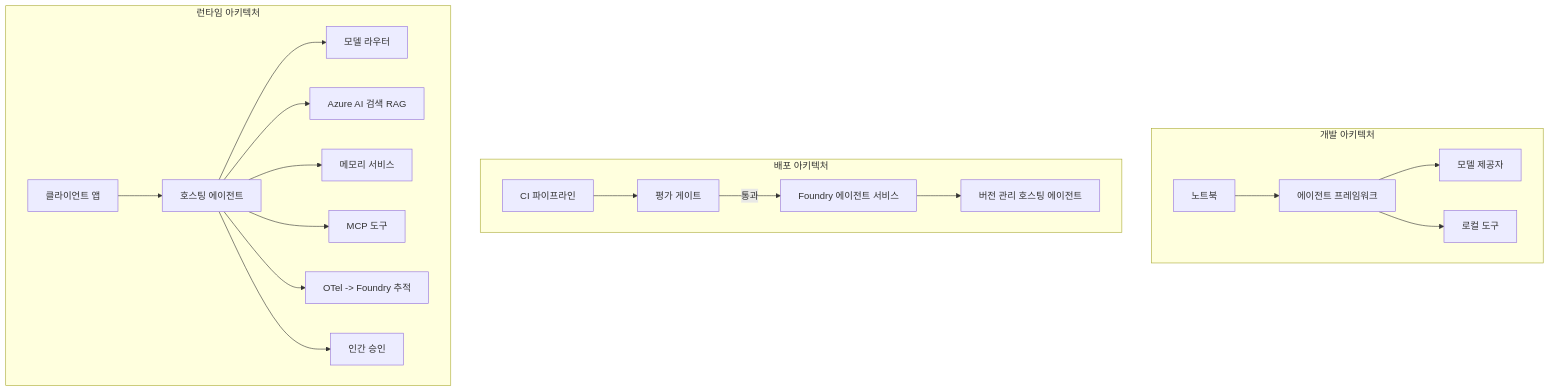
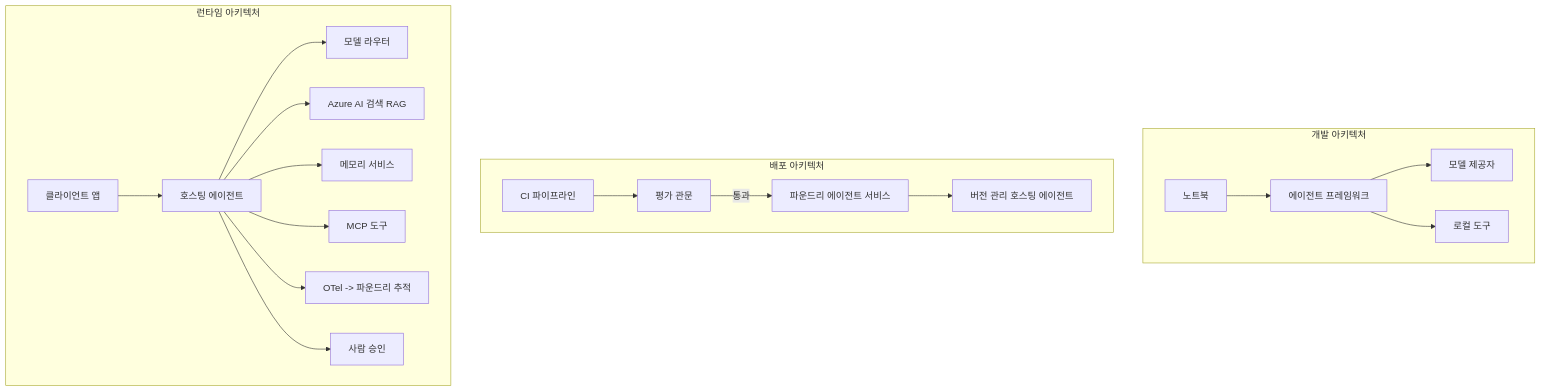
The fourth of 4 diagrams in translations/ko/16-deploying-scalable-agents/README.md (microsoft/ai-agents-for-beginners), drawn with Mermaid before and after one commit. The commit also changed other lines of this file and 46 other files, not shown here.

````diff
--- a/translations/ko/16-deploying-scalable-agents/README.md
+++ b/translations/ko/16-deploying-scalable-agents/README.md
@@ -185,22 +185,22 @@
 ```mermaid
 flowchart TB
     subgraph Dev[개발 아키텍처]
         D1[노트북] --> D2[에이전트 프레임워크]
         D2 --> D3[모델 제공자]
         D2 --> D4[로컬 도구]
     end
     subgraph Deploy[배포 아키텍처]
-        E1[CI 파이프라인] --> E2[평가 게이트]
-        E2 -->|통과| E3[Foundry 에이전트 서비스]
+        E1[CI 파이프라인] --> E2[평가 관문]
+        E2 -->|통과| E3[파운드리 에이전트 서비스]
         E3 --> E4[버전 관리 호스팅 에이전트]
     end
     subgraph Run[런타임 아키텍처]
         F1[클라이언트 앱] --> F2[호스팅 에이전트]
         F2 --> F3[모델 라우터]
         F2 --> F4[Azure AI 검색 RAG]
         F2 --> F5[메모리 서비스]
         F2 --> F6[MCP 도구]
-        F2 --> F7[OTel -> Foundry 추적]
-        F2 --> F8[인간 승인]
+        F2 --> F7[OTel -> 파운드리 추적]
+        F2 --> F8[사람 승인]
     end
 ```
````
